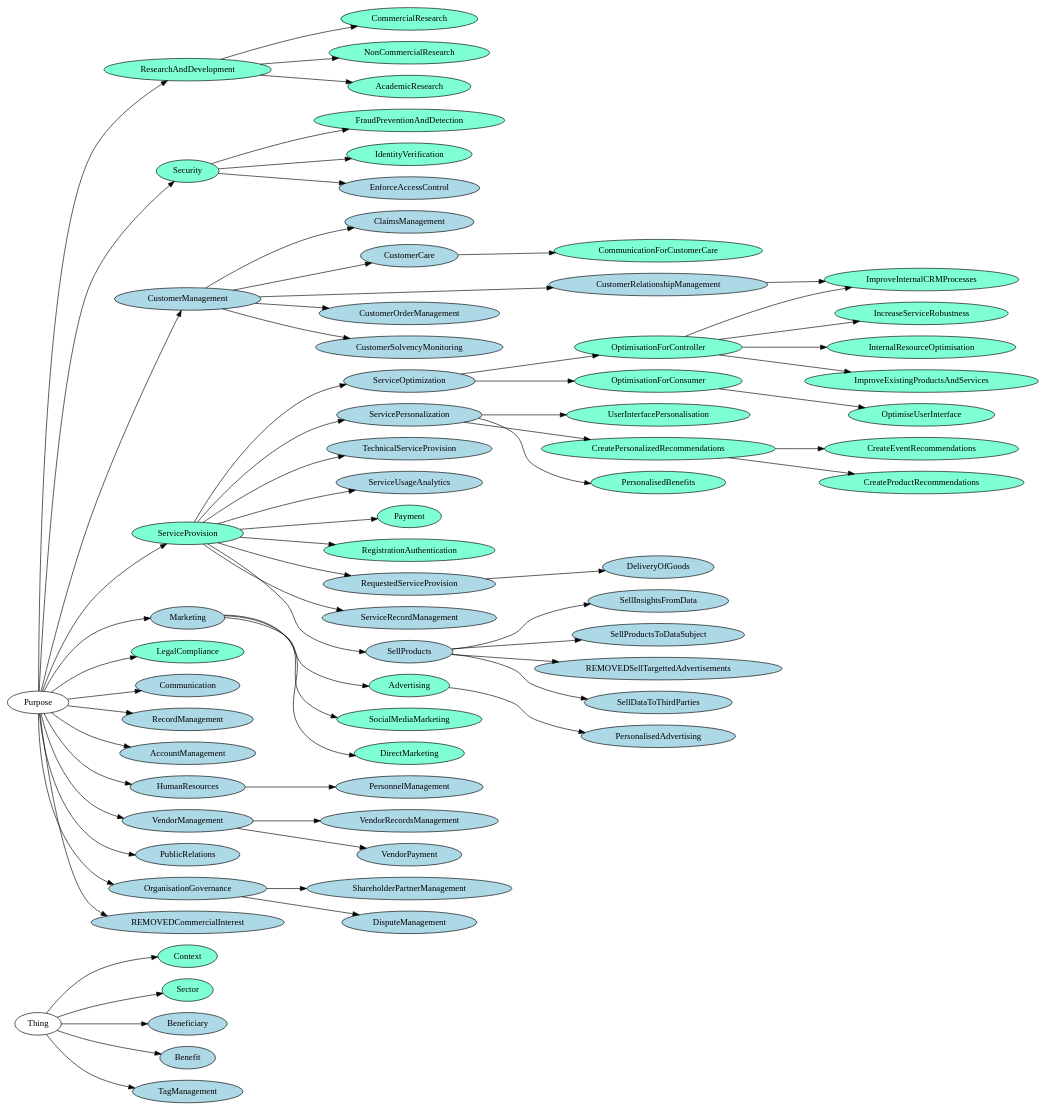
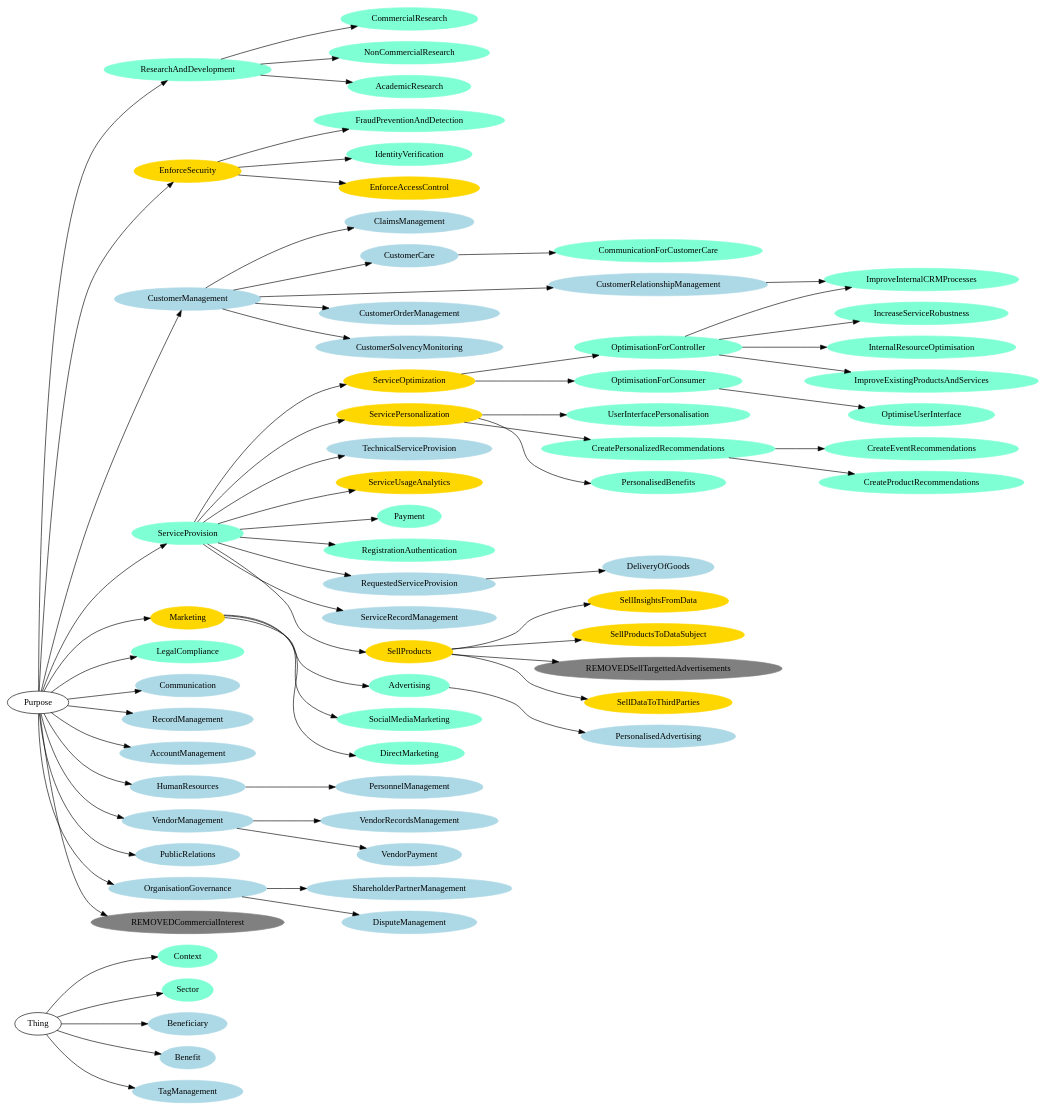
The diagram in dpv-purpose-diagram/graph.dot (coolharsh55/dpv-x), drawn with Graphviz before and after one commit. The commit also changed 9 other files, not shown here.

Commit message:
diagrams: purpose + module overview

```diff
--- a/dpv-purpose-diagram/graph.dot
+++ b/dpv-purpose-diagram/graph.dot
@@ -1,134 +1,134 @@
-digraph G { rankdir = LR ;Context [color=black,fillcolor=aquamarine, style=filled] ;
-Sector [color=black,fillcolor=aquamarine, style=filled] ;
-Beneficiary [color=black,fillcolor=lightblue, style=filled] ;
-AcademicResearch [color=black,fillcolor=aquamarine, style=filled] ;
-EnforceAccessControl [color=black,fillcolor=lightblue, style=filled] ;
-CommercialResearch [color=black,fillcolor=aquamarine, style=filled] ;
-CreateProductRecommendations [color=black,fillcolor=aquamarine, style=filled] ;
-CustomerCare [color=black,fillcolor=lightblue, style=filled] ;
-DeliveryOfGoods [color=black,fillcolor=lightblue, style=filled] ;
-FraudPreventionAndDetection [color=black,fillcolor=aquamarine, style=filled] ;
-IdentityVerification [color=black,fillcolor=aquamarine, style=filled] ;
-ImproveExistingProductsAndServices [color=black,fillcolor=aquamarine, style=filled] ;
-ImproveInternalCRMProcesses [color=black,fillcolor=aquamarine, style=filled] ;
-IncreaseServiceRobustness [color=black,fillcolor=aquamarine, style=filled] ;
-InternalResourceOptimisation [color=black,fillcolor=aquamarine, style=filled] ;
-NonCommercialResearch [color=black,fillcolor=aquamarine, style=filled] ;
-OptimisationForConsumer [color=black,fillcolor=aquamarine, style=filled] ;
-OptimisationForController [color=black,fillcolor=aquamarine, style=filled] ;
-OptimiseUserInterface [color=black,fillcolor=aquamarine, style=filled] ;
-PersonalisedBenefits [color=black,fillcolor=aquamarine, style=filled] ;
-RequestedServiceProvision [color=black,fillcolor=lightblue, style=filled] ;
-ServiceRecordManagement [color=black,fillcolor=lightblue, style=filled] ;
-ResearchAndDevelopment [color=black,fillcolor=aquamarine, style=filled] ;
-Security [color=black,fillcolor=aquamarine, style=filled] ;
-SellProducts [color=black,fillcolor=lightblue, style=filled] ;
-SellDataToThirdParties [color=black,fillcolor=lightblue, style=filled] ;
-SellInsightsFromData [color=black,fillcolor=lightblue, style=filled] ;
-SellProductsToDataSubject [color=black,fillcolor=lightblue, style=filled] ;
-ServiceOptimization [color=black,fillcolor=lightblue, style=filled] ;
-ServicePersonalization [color=black,fillcolor=lightblue, style=filled] ;
-TechnicalServiceProvision [color=black,fillcolor=lightblue, style=filled] ;
-CreatePersonalizedRecommendations [color=black,fillcolor=aquamarine, style=filled] ;
-CreateEventRecommendations [color=black,fillcolor=aquamarine, style=filled] ;
-ServiceProvision [color=black,fillcolor=aquamarine, style=filled] ;
-UserInterfacePersonalisation [color=black,fillcolor=aquamarine, style=filled] ;
-Marketing [color=black,fillcolor=lightblue, style=filled] ;
-DirectMarketing [color=black,fillcolor=aquamarine, style=filled] ;
-Advertising [color=black,fillcolor=aquamarine, style=filled] ;
-PersonalisedAdvertising [color=black,fillcolor=lightblue, style=filled] ;
-ServiceUsageAnalytics [color=black,fillcolor=lightblue, style=filled] ;
-CommunicationForCustomerCare [color=black,fillcolor=aquamarine, style=filled] ;
-LegalCompliance [color=black,fillcolor=aquamarine, style=filled] ;
-Payment [color=black,fillcolor=aquamarine, style=filled] ;
-SocialMediaMarketing [color=black,fillcolor=aquamarine, style=filled] ;
-RegistrationAuthentication [color=black,fillcolor=aquamarine, style=filled] ;
-CustomerManagement [color=black,fillcolor=lightblue, style=filled] ;
-CustomerRelationshipManagement [color=black,fillcolor=lightblue, style=filled] ;
-Benefit [color=black,fillcolor=lightblue, style=filled] ;
-Communication [color=black,fillcolor=lightblue, style=filled] ;
-RecordManagement [color=black,fillcolor=lightblue, style=filled] ;
-AccountManagement [color=black,fillcolor=lightblue, style=filled] ;
-HumanResources [color=black,fillcolor=lightblue, style=filled] ;
-PersonnelManagement [color=black,fillcolor=lightblue, style=filled] ;
-CustomerOrderManagement [color=black,fillcolor=lightblue, style=filled] ;
-CustomerSolvencyMonitoring [color=black,fillcolor=lightblue, style=filled] ;
-ClaimsManagement [color=black,fillcolor=lightblue, style=filled] ;
-VendorManagement [color=black,fillcolor=lightblue, style=filled] ;
-VendorRecordsManagement [color=black,fillcolor=lightblue, style=filled] ;
-VendorPayment [color=black,fillcolor=lightblue, style=filled] ;
-PublicRelations [color=black,fillcolor=lightblue, style=filled] ;
-OrganisationGovernance [color=black,fillcolor=lightblue, style=filled] ;
-ShareholderPartnerManagement [color=black,fillcolor=lightblue, style=filled] ;
-DisputeManagement [color=black,fillcolor=lightblue, style=filled] ;
-REMOVEDSellTargettedAdvertisements [color=black,fillcolor=lightblue, style=filled] ;
-REMOVEDCommercialInterest [color=black,fillcolor=lightblue, style=filled] ;
-TagManagement [color=black,fillcolor=lightblue, style=filled] ;
+digraph G { rankdir = LR ;Context [color=aquamarine, style=filled] ;
+Sector [color=aquamarine, style=filled] ;
+Beneficiary [color=lightblue, style=filled] ;
+Benefit [color=lightblue, style=filled] ;
+AcademicResearch [color=aquamarine, style=filled] ;
+EnforceAccessControl [color=gold, style=filled] ;
+CommercialResearch [color=aquamarine, style=filled] ;
+CreateProductRecommendations [color=aquamarine, style=filled] ;
+CustomerCare [color=lightblue, style=filled] ;
+DeliveryOfGoods [color=lightblue, style=filled] ;
+FraudPreventionAndDetection [color=aquamarine, style=filled] ;
+IdentityVerification [color=aquamarine, style=filled] ;
+ImproveExistingProductsAndServices [color=aquamarine, style=filled] ;
+ImproveInternalCRMProcesses [color=aquamarine, style=filled] ;
+IncreaseServiceRobustness [color=aquamarine, style=filled] ;
+InternalResourceOptimisation [color=aquamarine, style=filled] ;
+NonCommercialResearch [color=aquamarine, style=filled] ;
+OptimisationForConsumer [color=aquamarine, style=filled] ;
+OptimisationForController [color=aquamarine, style=filled] ;
+OptimiseUserInterface [color=aquamarine, style=filled] ;
+PersonalisedBenefits [color=aquamarine, style=filled] ;
+RequestedServiceProvision [color=lightblue, style=filled] ;
+ServiceRecordManagement [color=lightblue, style=filled] ;
+ResearchAndDevelopment [color=aquamarine, style=filled] ;
+EnforceSecurity [color=gold, style=filled] ;
+SellProducts [color=gold, style=filled] ;
+SellDataToThirdParties [color=gold, style=filled] ;
+SellInsightsFromData [color=gold, style=filled] ;
+SellProductsToDataSubject [color=gold, style=filled] ;
+ServiceOptimization [color=gold, style=filled] ;
+ServicePersonalization [color=gold, style=filled] ;
+TechnicalServiceProvision [color=lightblue, style=filled] ;
+CreatePersonalizedRecommendations [color=aquamarine, style=filled] ;
+CreateEventRecommendations [color=aquamarine, style=filled] ;
+ServiceProvision [color=aquamarine, style=filled] ;
+UserInterfacePersonalisation [color=aquamarine, style=filled] ;
+Marketing [color=gold, style=filled] ;
+DirectMarketing [color=aquamarine, style=filled] ;
+Advertising [color=aquamarine, style=filled] ;
+PersonalisedAdvertising [color=lightblue, style=filled] ;
+ServiceUsageAnalytics [color=gold, style=filled] ;
+CommunicationForCustomerCare [color=aquamarine, style=filled] ;
+LegalCompliance [color=aquamarine, style=filled] ;
+Payment [color=aquamarine, style=filled] ;
+SocialMediaMarketing [color=aquamarine, style=filled] ;
+RegistrationAuthentication [color=aquamarine, style=filled] ;
+CustomerManagement [color=lightblue, style=filled] ;
+CustomerRelationshipManagement [color=lightblue, style=filled] ;
+Communication [color=lightblue, style=filled] ;
+RecordManagement [color=lightblue, style=filled] ;
+AccountManagement [color=lightblue, style=filled] ;
+HumanResources [color=lightblue, style=filled] ;
+PersonnelManagement [color=lightblue, style=filled] ;
+CustomerOrderManagement [color=lightblue, style=filled] ;
+CustomerSolvencyMonitoring [color=lightblue, style=filled] ;
+ClaimsManagement [color=lightblue, style=filled] ;
+VendorManagement [color=lightblue, style=filled] ;
+VendorRecordsManagement [color=lightblue, style=filled] ;
+VendorPayment [color=lightblue, style=filled] ;
+PublicRelations [color=lightblue, style=filled] ;
+OrganisationGovernance [color=lightblue, style=filled] ;
+ShareholderPartnerManagement [color=lightblue, style=filled] ;
+DisputeManagement [color=lightblue, style=filled] ;
+TagManagement [color=lightblue, style=filled] ;
+REMOVEDSellTargettedAdvertisements [color=gray, style=filled] ;
+REMOVEDCommercialInterest [color=gray, style=filled] ;
 "Thing" -> "Context" ;
 "Thing" -> "Sector" ;
 "Thing" -> "Beneficiary" ;
+"Thing" -> "Benefit" ;
 "ResearchAndDevelopment" -> "AcademicResearch" ;
-"Security" -> "EnforceAccessControl" ;
+"EnforceSecurity" -> "EnforceAccessControl" ;
 "ResearchAndDevelopment" -> "CommercialResearch" ;
 "CreatePersonalizedRecommendations" -> "CreateProductRecommendations" ;
 "CustomerManagement" -> "CustomerCare" ;
 "RequestedServiceProvision" -> "DeliveryOfGoods" ;
-"Security" -> "FraudPreventionAndDetection" ;
-"Security" -> "IdentityVerification" ;
+"EnforceSecurity" -> "FraudPreventionAndDetection" ;
+"EnforceSecurity" -> "IdentityVerification" ;
 "OptimisationForController" -> "ImproveExistingProductsAndServices" ;
 "OptimisationForController" -> "ImproveInternalCRMProcesses" ;
 "CustomerRelationshipManagement" -> "ImproveInternalCRMProcesses" ;
 "OptimisationForController" -> "IncreaseServiceRobustness" ;
 "OptimisationForController" -> "InternalResourceOptimisation" ;
 "ResearchAndDevelopment" -> "NonCommercialResearch" ;
 "ServiceOptimization" -> "OptimisationForConsumer" ;
 "ServiceOptimization" -> "OptimisationForController" ;
 "OptimisationForConsumer" -> "OptimiseUserInterface" ;
 "ServicePersonalization" -> "PersonalisedBenefits" ;
 "ServiceProvision" -> "RequestedServiceProvision" ;
 "ServiceProvision" -> "ServiceRecordManagement" ;
 "Purpose" -> "ResearchAndDevelopment" ;
-"Purpose" -> "Security" ;
+"Purpose" -> "EnforceSecurity" ;
 "ServiceProvision" -> "SellProducts" ;
 "SellProducts" -> "SellDataToThirdParties" ;
 "SellProducts" -> "SellInsightsFromData" ;
 "SellProducts" -> "SellProductsToDataSubject" ;
 "ServiceProvision" -> "ServiceOptimization" ;
 "ServiceProvision" -> "ServicePersonalization" ;
 "ServiceProvision" -> "TechnicalServiceProvision" ;
 "ServicePersonalization" -> "CreatePersonalizedRecommendations" ;
 "CreatePersonalizedRecommendations" -> "CreateEventRecommendations" ;
 "Purpose" -> "ServiceProvision" ;
 "ServicePersonalization" -> "UserInterfacePersonalisation" ;
 "Purpose" -> "Marketing" ;
 "Marketing" -> "DirectMarketing" ;
 "Marketing" -> "Advertising" ;
 "Advertising" -> "PersonalisedAdvertising" ;
 "ServiceProvision" -> "ServiceUsageAnalytics" ;
 "CustomerCare" -> "CommunicationForCustomerCare" ;
 "Purpose" -> "LegalCompliance" ;
 "ServiceProvision" -> "Payment" ;
 "Marketing" -> "SocialMediaMarketing" ;
 "ServiceProvision" -> "RegistrationAuthentication" ;
 "Purpose" -> "CustomerManagement" ;
 "CustomerManagement" -> "CustomerRelationshipManagement" ;
-"Thing" -> "Benefit" ;
 "Purpose" -> "Communication" ;
 "Purpose" -> "RecordManagement" ;
 "Purpose" -> "AccountManagement" ;
 "Purpose" -> "HumanResources" ;
 "HumanResources" -> "PersonnelManagement" ;
 "CustomerManagement" -> "CustomerOrderManagement" ;
 "CustomerManagement" -> "CustomerSolvencyMonitoring" ;
 "CustomerManagement" -> "ClaimsManagement" ;
 "Purpose" -> "VendorManagement" ;
 "VendorManagement" -> "VendorRecordsManagement" ;
 "VendorManagement" -> "VendorPayment" ;
 "Purpose" -> "PublicRelations" ;
 "Purpose" -> "OrganisationGovernance" ;
 "OrganisationGovernance" -> "ShareholderPartnerManagement" ;
 "OrganisationGovernance" -> "DisputeManagement" ;
+"Thing" -> "TagManagement" ;
 "SellProducts" -> "REMOVEDSellTargettedAdvertisements" ;
 "Purpose" -> "REMOVEDCommercialInterest" ;
-"Thing" -> "TagManagement" ;
 }
```
